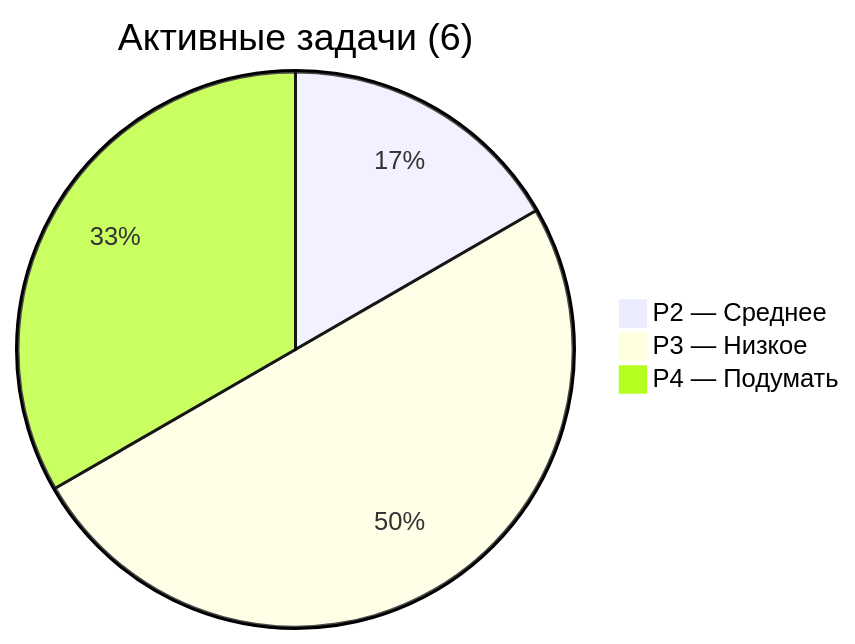
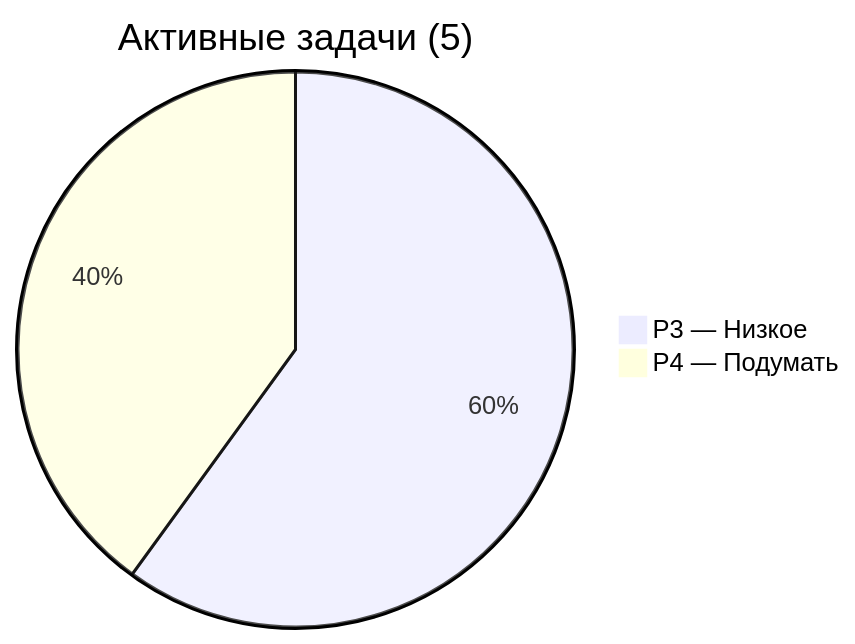
One commit to Say10Code/SpecKit changed the diagram in _tech/BACKLOG.md. Above: the diagram before and after it, drawn with Mermaid. The commit also changed other lines of this file and 4 other files, not shown here.

````diff
--- a/_tech/BACKLOG.md
+++ b/_tech/BACKLOG.md
@@ -21,6 +21,5 @@
 ```mermaid
-pie title Активные задачи (6)
-    "P2 — Среднее" : 1
+pie title Активные задачи (5)
     "P3 — Низкое" : 3
     "P4 — Подумать" : 2
 ```
````
